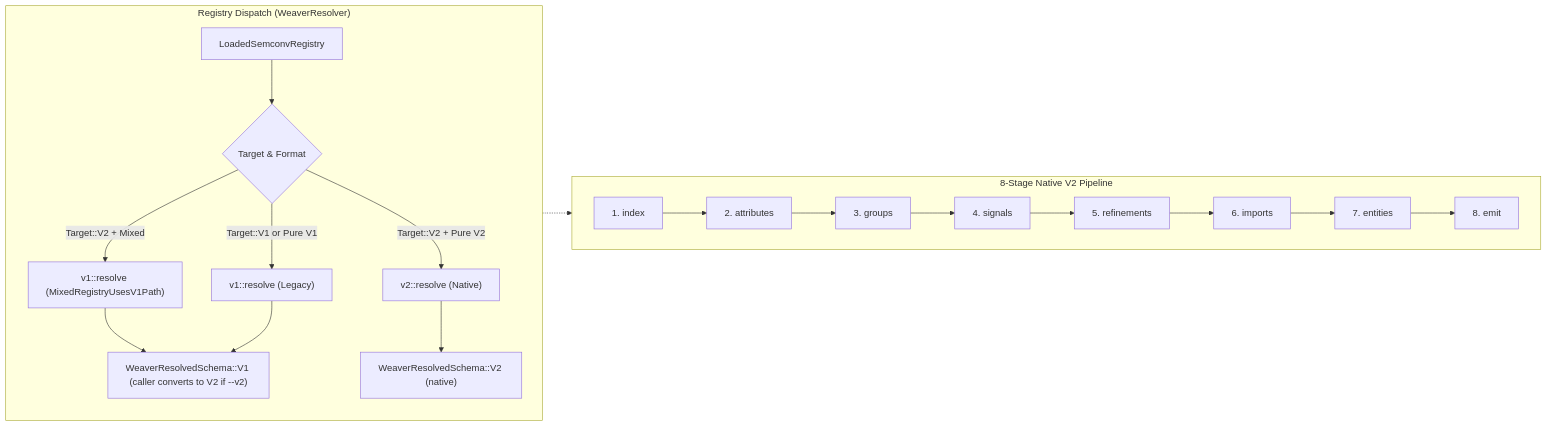
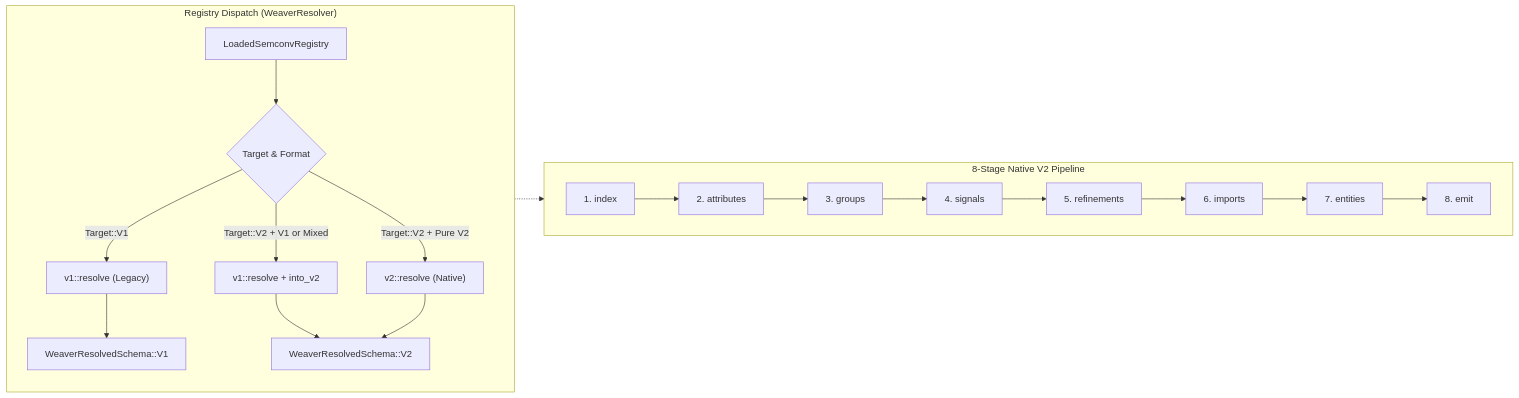
Before and after one commit to open-telemetry/weaver: the diagram in crates/weaver_resolver/README.md, drawn with Mermaid. The commit also changed other lines of this file and 14 other files, not shown here.

````diff
--- a/crates/weaver_resolver/README.md
+++ b/crates/weaver_resolver/README.md
@@ -47,26 +47,26 @@
 ```mermaid
 flowchart LR
   subgraph Dispatch["Registry Dispatch (WeaverResolver)"]
     direction TB
     L["LoadedSemconvRegistry"] --> C{"Target & Format"}
     C -->|"Target::V2 + Pure V2"| V2Native["v2::resolve (Native)"]
-    C -->|"Target::V2 + Mixed"| V1Mixed["v1::resolve (MixedRegistryUsesV1Path)"]
-    C -->|"Target::V1 or Pure V1"| V1Legacy["v1::resolve (Legacy)"]
-    V1Mixed --> OutV1["WeaverResolvedSchema::V1 (caller converts to V2 if --v2)"]
-    V1Legacy --> OutV1
-    V2Native --> OutV2["WeaverResolvedSchema::V2 (native)"]
+    C -->|"Target::V2 + V1 or Mixed"| V1ToV2["v1::resolve + into_v2"]
+    C -->|"Target::V1"| V1Legacy["v1::resolve (Legacy)"]
+    V1Legacy --> OutV1["WeaverResolvedSchema::V1"]
+    V1ToV2 --> OutV2["WeaverResolvedSchema::V2"]
+    V2Native --> OutV2
   end
 
   subgraph V2Pipeline["8-Stage Native V2 Pipeline"]
     direction LR
     P1["1. index"] --> P2["2. attributes"]
     P2 --> P3["3. groups"]
     P3 --> P4["4. signals"]
     P4 --> P5["5. refinements"]
     P5 --> P6["6. imports"]
     P6 --> P7["7. entities"]
     P7 --> P8["8. emit"]
   end
 
   V2Native -.-> P1
 ```
````
